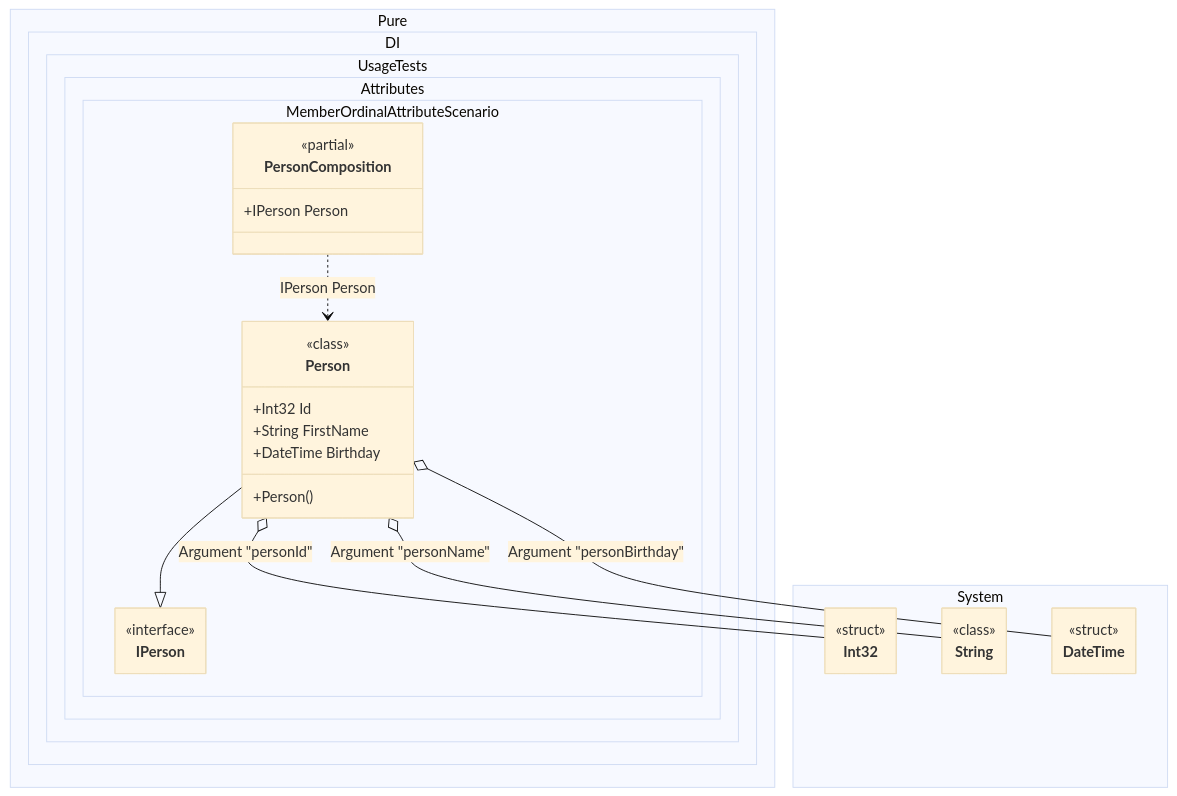
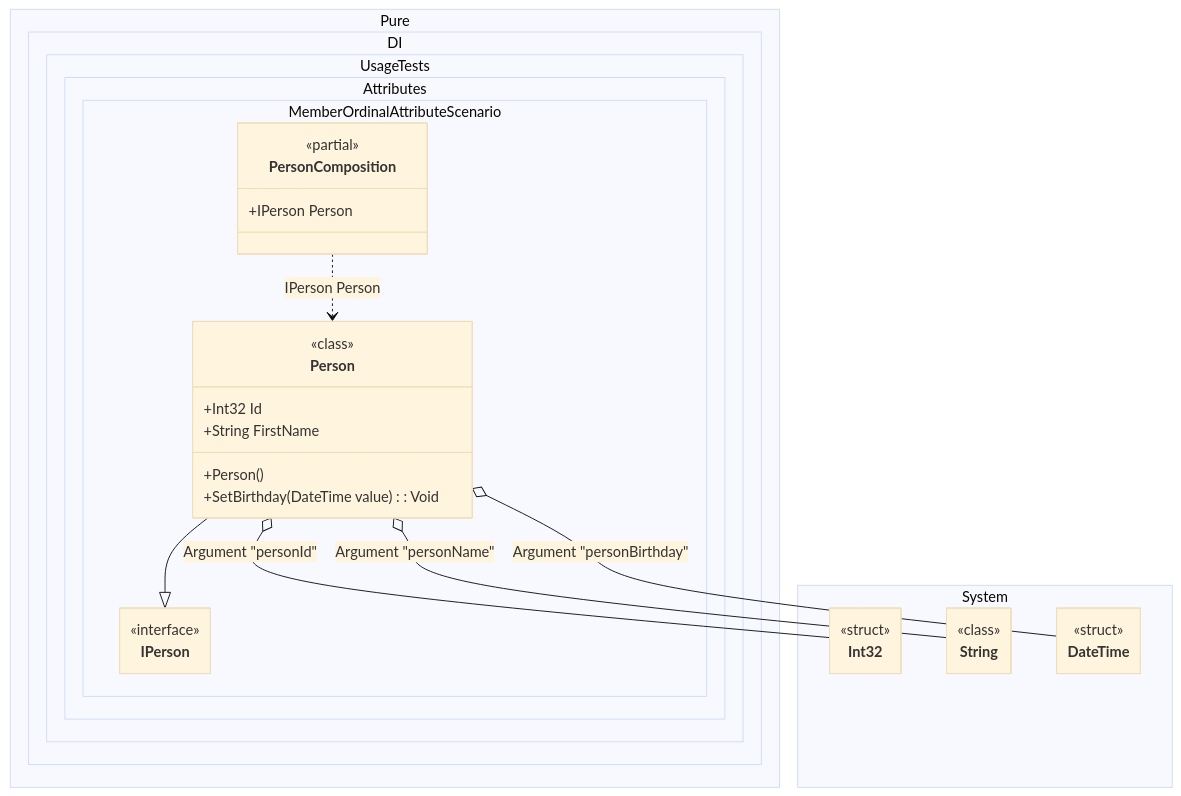
One commit to DevTeam/Pure.DI changed the diagram in readme/member-ordinal-attribute.md. Above: the diagram before and after it, drawn with Mermaid (base theme). The commit also changed other lines of this file and 10 other files, not shown here.

````diff
--- a/readme/member-ordinal-attribute.md
+++ b/readme/member-ordinal-attribute.md
@@ -133,40 +132,40 @@
 ```mermaid
 ---
  config:
   class:
    hideEmptyMembersBox: true
 ---
 classDiagram
 	Person --|> IPerson
 	PersonComposition ..> Person : IPerson Person
 	Person o-- Int32 : Argument "personId"
 	Person o-- String : Argument "personName"
 	Person o-- DateTime : Argument "personBirthday"
 	namespace Pure.DI.UsageTests.Attributes.MemberOrdinalAttributeScenario {
 		class IPerson {
 			<<interface>>
 		}
 		class Person {
 				<<class>>
 			+Person()
 			+Int32 Id
 			+String FirstName
-			+DateTime Birthday
+			+SetBirthday(DateTime value) : Void
 		}
 		class PersonComposition {
 		<<partial>>
 		+IPerson Person
 		}
 	}
 	namespace System {
 		class DateTime {
 				<<struct>>
 		}
 		class Int32 {
 				<<struct>>
 		}
 		class String {
 				<<class>>
 		}
 	}
 ```
````
